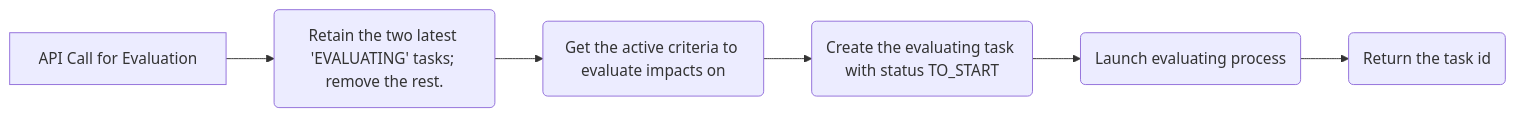
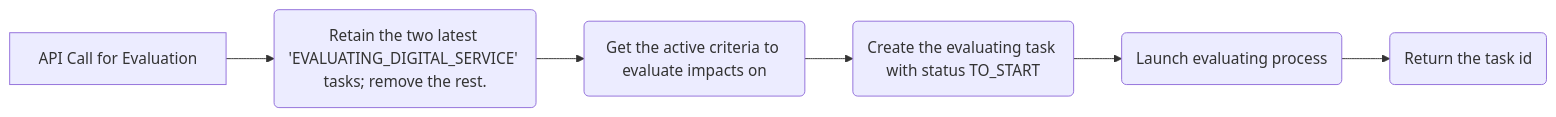
One commit to teamg4it/g4it changed the first of 3 diagrams in services/documentation/content/3-technical-documentation/4-backend_documentation/2-api_documentation/2-evaluation/api_evaluating_digital_service.md. Above: the diagram before and after it, drawn with Mermaid.

```diff
--- a/services/documentation/content/3-technical-documentation/4-backend_documentation/2-api_documentation/2-evaluation/api_evaluating_digital_service.md
+++ b/services/documentation/content/3-technical-documentation/4-backend_documentation/2-api_documentation/2-evaluation/api_evaluating_digital_service.md
@@ -23,9 +23,9 @@
 {{< mermaid align="center">}}
 
 flowchart LR
-A[API Call for Evaluation] --> B(Retain the two latest 'EVALUATING' tasks; remove the rest.)
+A[API Call for Evaluation] --> B(Retain the two latest 'EVALUATING_DIGITAL_SERVICE' tasks; remove the rest.)
 B --> C(Get the active criteria to evaluate impacts on)
 C --> D(Create the evaluating task with status TO_START)
 D --> E(Launch evaluating process)
 E --> F(Return the task id)
 {{</ mermaid >}}
```
